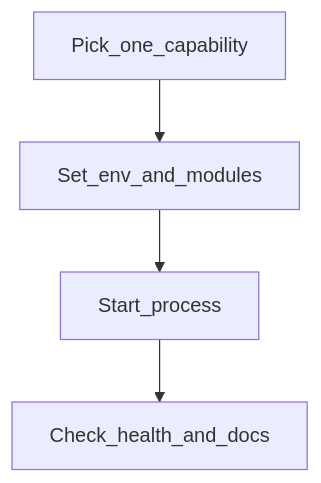
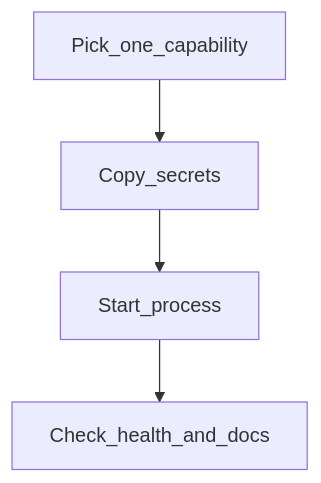
Before and after one commit to felixzhu97/explore-ml: the diagram in docs/user-guide/operator-setup.md, drawn with Mermaid. The commit also changed other lines of this file and 22 other files, not shown here.

````diff
--- a/docs/user-guide/operator-setup.md
+++ b/docs/user-guide/operator-setup.md
@@ -70,8 +67,8 @@
 ```mermaid
 flowchart TB
   Pick[Pick_one_capability]
-  Env[Set_env_and_modules]
+  Secrets[Copy_secrets]
   Run[Start_process]
   Health[Check_health_and_docs]
-  Pick --> Env --> Run --> Health
+  Pick --> Secrets --> Run --> Health
 ```
````
